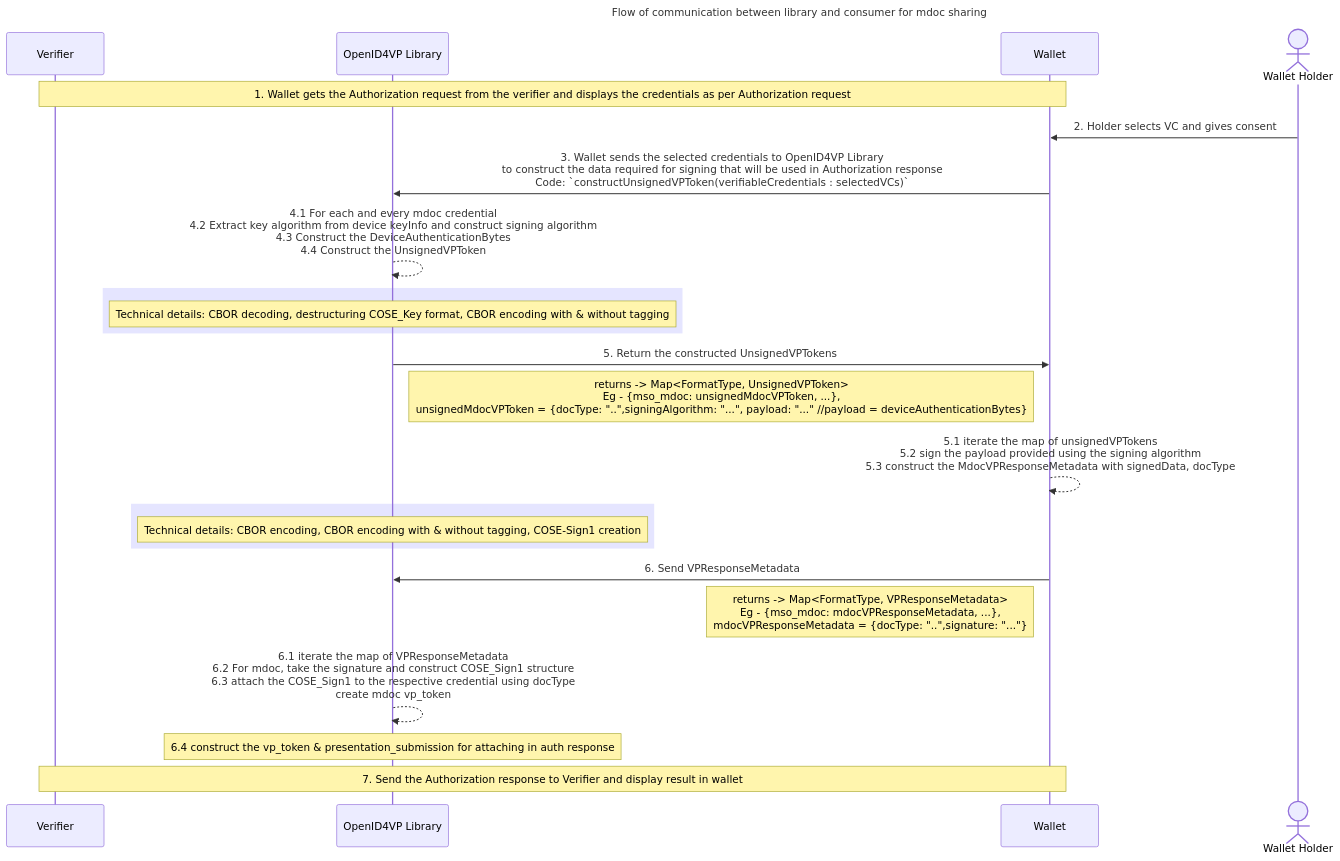
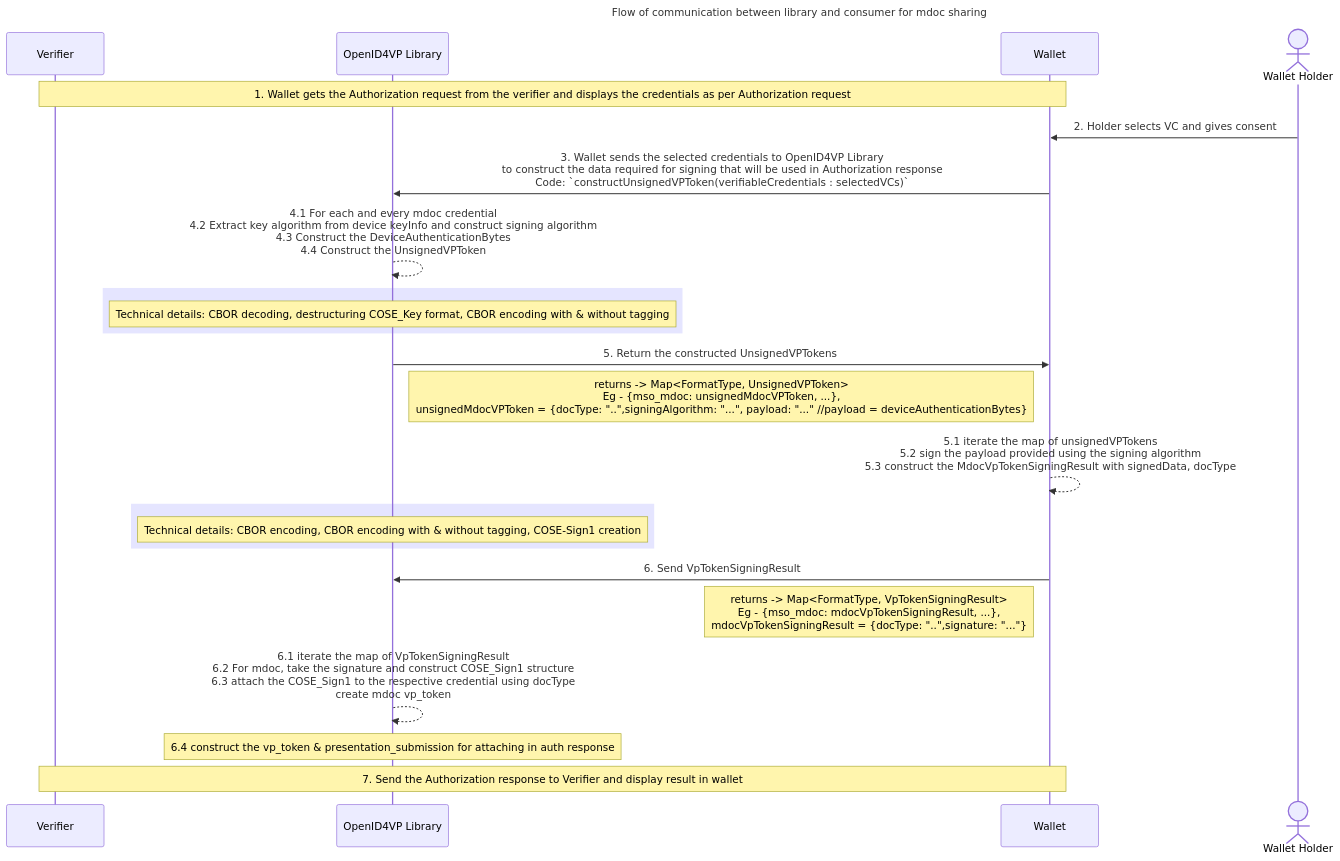
Before and after one commit to inji/inji-openid4vp-ios-swift: the first of 2 diagrams in docs/mdoc-online-sharng-flow.md, drawn with Mermaid. The commit also changed 20 other files, not shown here.

Commit message:
[INJIMOB-3015] rename VPResponseMetadata to VpTokenSigningResult

````diff
--- a/docs/mdoc-online-sharng-flow.md
+++ b/docs/mdoc-online-sharng-flow.md
@@ -1,30 +1,30 @@
 ```mermaid
 ---
     title: Flow of communication between library and consumer for mdoc sharing
 ---
 sequenceDiagram
     
     participant verifier as Verifier
     participant openid4vp as OpenID4VP Library
     participant wallet as Wallet
     actor holder as Wallet Holder
     note over verifier, wallet: 1. Wallet gets the Authorization request from the verifier and displays the credentials as per Authorization request
     holder ->> wallet: 2. Holder selects VC and gives consent
     wallet ->> openid4vp: 3. Wallet sends the selected credentials to OpenID4VP Library <br/> to construct the data required for signing that will be used in Authorization response <br/> Code: `constructUnsignedVPToken(verifiableCredentials : selectedVCs)`
     openid4vp -->> openid4vp: 4.1 For each and every mdoc credential<br/> 4.2 Extract key algorithm from device keyInfo and  construct signing algorithm <br/>4.3 Construct the DeviceAuthenticationBytes <br/> 4.4 Construct the UnsignedVPToken
     rect rgba(0, 0, 255, .1)
         note over openid4vp: Technical details: CBOR decoding, destructuring COSE_Key format, CBOR encoding with & without tagging
     end
     openid4vp ->> wallet: 5. Return the constructed UnsignedVPTokens
     note right of openid4vp: returns -> Map<FormatType, UnsignedVPToken> <br/> Eg - {mso_mdoc: unsignedMdocVPToken, ...}, <br/> unsignedMdocVPToken = {docType: "..",signingAlgorithm: "...", payload: "..." //payload = deviceAuthenticationBytes}
-    wallet -->> wallet: 5.1 iterate the map of unsignedVPTokens <br/> 5.2 sign the payload provided using the signing algorithm <br/> 5.3 construct the MdocVPResponseMetadata with signedData, docType
+    wallet -->> wallet: 5.1 iterate the map of unsignedVPTokens <br/> 5.2 sign the payload provided using the signing algorithm <br/> 5.3 construct the MdocVpTokenSigningResult with signedData, docType
     rect rgba(0, 0, 255, .1)
         note over openid4vp: Technical details: CBOR encoding, CBOR encoding with & without tagging, COSE-Sign1 creation
     end
-    wallet ->> openid4vp: 6. Send VPResponseMetadata
-    note left of wallet: returns -> Map<FormatType, VPResponseMetadata> <br/> Eg - {mso_mdoc: mdocVPResponseMetadata, ...}, <br/> mdocVPResponseMetadata = {docType: "..",signature: "..."}
-    openid4vp -->> openid4vp: 6.1 iterate the map of VPResponseMetadata <br/> 6.2 For mdoc, take the signature and construct COSE_Sign1 structure <br/> 6.3 attach the COSE_Sign1 to the respective credential using docType <br/> create mdoc vp_token
+    wallet ->> openid4vp: 6. Send VpTokenSigningResult
+    note left of wallet: returns -> Map<FormatType, VpTokenSigningResult> <br/> Eg - {mso_mdoc: mdocVpTokenSigningResult, ...}, <br/> mdocVpTokenSigningResult = {docType: "..",signature: "..."}
+    openid4vp -->> openid4vp: 6.1 iterate the map of VpTokenSigningResult <br/> 6.2 For mdoc, take the signature and construct COSE_Sign1 structure <br/> 6.3 attach the COSE_Sign1 to the respective credential using docType <br/> create mdoc vp_token
     note over openid4vp: 6.4 construct the vp_token & presentation_submission for attaching in auth response
     note over verifier, wallet: 7. Send the Authorization response to Verifier and display result in wallet
 
 ```
````
